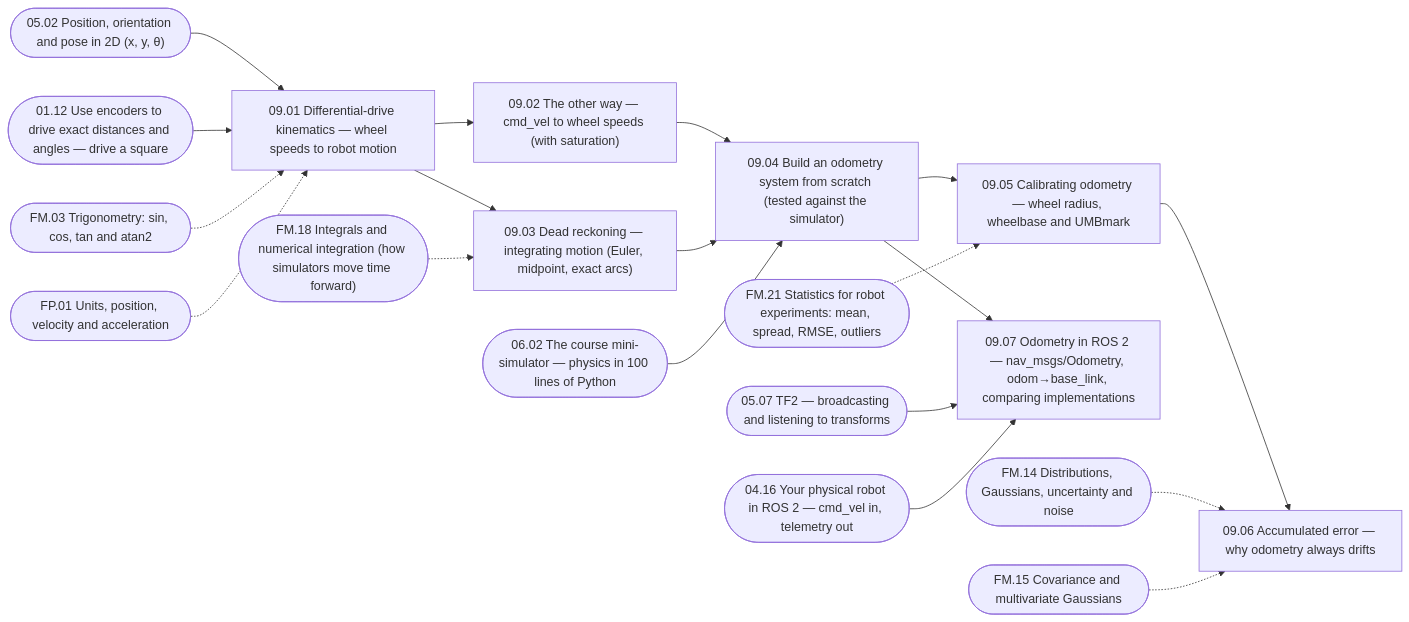
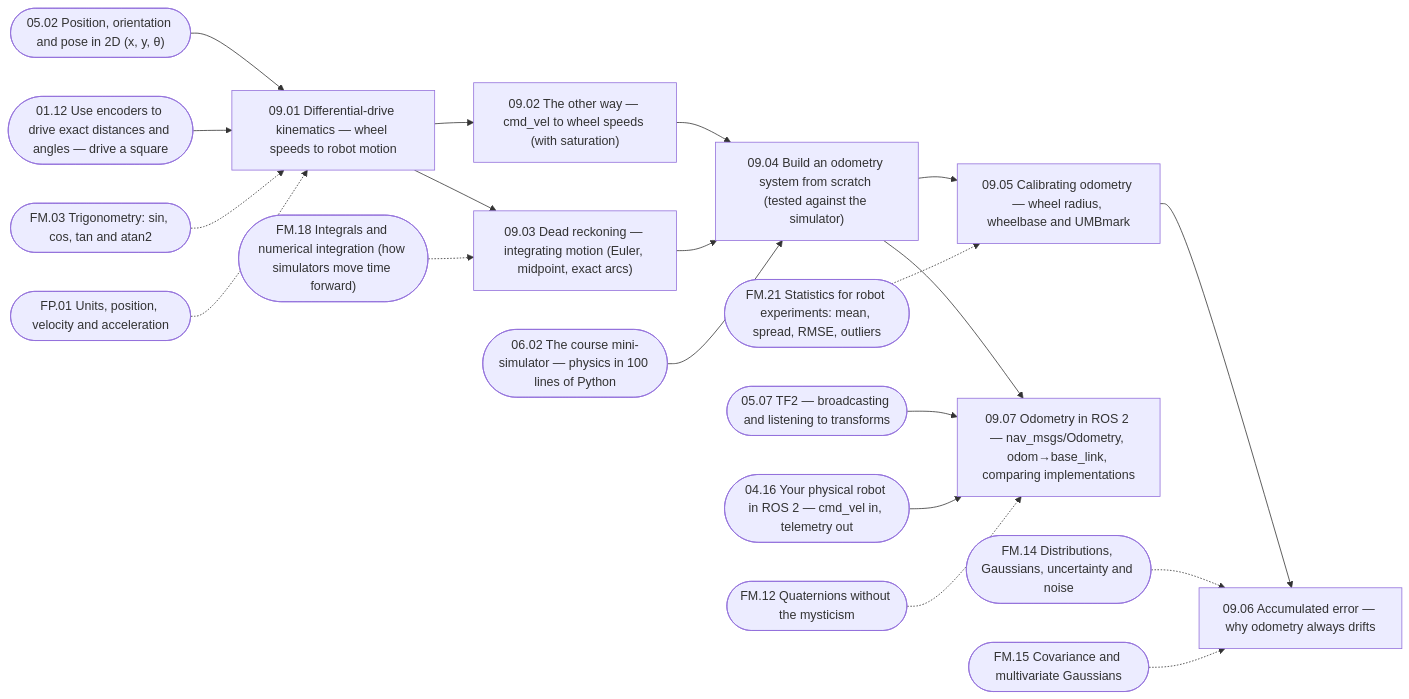
Diagram 11 of 32 in curriculum/dependency-graph.md (tal-giladi/robotics-course), drawn with Mermaid before and after one commit. The commit also changed other lines of this file and 39 other files, not shown here.

````diff
--- a/curriculum/dependency-graph.md
+++ b/curriculum/dependency-graph.md
@@ -786,39 +790,41 @@
 ```mermaid
 flowchart LR
   n_09_01["09.01 Differential-drive kinematics — wheel speeds to robot motion"]
   n_09_02["09.02 The other way — cmd_vel to wheel speeds (with saturation)"]
   n_09_03["09.03 Dead reckoning — integrating motion (Euler, midpoint, exact arcs)"]
   n_09_04["09.04 Build an odometry system from scratch (tested against the simulator)"]
   n_09_05["09.05 Calibrating odometry — wheel radius, wheelbase and UMBmark"]
   n_09_06["09.06 Accumulated error — why odometry always drifts"]
   n_09_07["09.07 Odometry in ROS 2 — nav_msgs/Odometry, odom→base_link, comparing implementations"]
   n_05_02 --> n_09_01
   n_01_12 --> n_09_01
   n_FM_03 -.-> n_09_01
   n_FP_01 -.-> n_09_01
   n_09_01 --> n_09_02
   n_09_01 --> n_09_03
   n_FM_18 -.-> n_09_03
   n_09_02 --> n_09_04
   n_09_03 --> n_09_04
   n_06_02 --> n_09_04
   n_09_04 --> n_09_05
   n_FM_21 -.-> n_09_05
   n_09_05 --> n_09_06
   n_FM_14 -.-> n_09_06
   n_FM_15 -.-> n_09_06
   n_09_04 --> n_09_07
   n_05_07 --> n_09_07
   n_04_16 --> n_09_07
+  n_FM_12 -.-> n_09_07
   n_01_12(["01.12 Use encoders to drive exact distances and angles — drive a square"])
   n_04_16(["04.16 Your physical robot in ROS 2 — cmd_vel in, telemetry out"])
   n_05_02(["05.02 Position, orientation and pose in 2D (x, y, θ)"])
   n_05_07(["05.07 TF2 — broadcasting and listening to transforms"])
   n_06_02(["06.02 The course mini-simulator — physics in 100 lines of Python"])
   n_FM_03(["FM.03 Trigonometry: sin, cos, tan and atan2"])
+  n_FM_12(["FM.12 Quaternions without the mysticism"])
   n_FM_14(["FM.14 Distributions, Gaussians, uncertainty and noise"])
   n_FM_15(["FM.15 Covariance and multivariate Gaussians"])
   n_FM_18(["FM.18 Integrals and numerical integration (how simulators move time forward)"])
   n_FM_21(["FM.21 Statistics for robot experiments: mean, spread, RMSE, outliers"])
   n_FP_01(["FP.01 Units, position, velocity and acceleration"])
 ```
````
